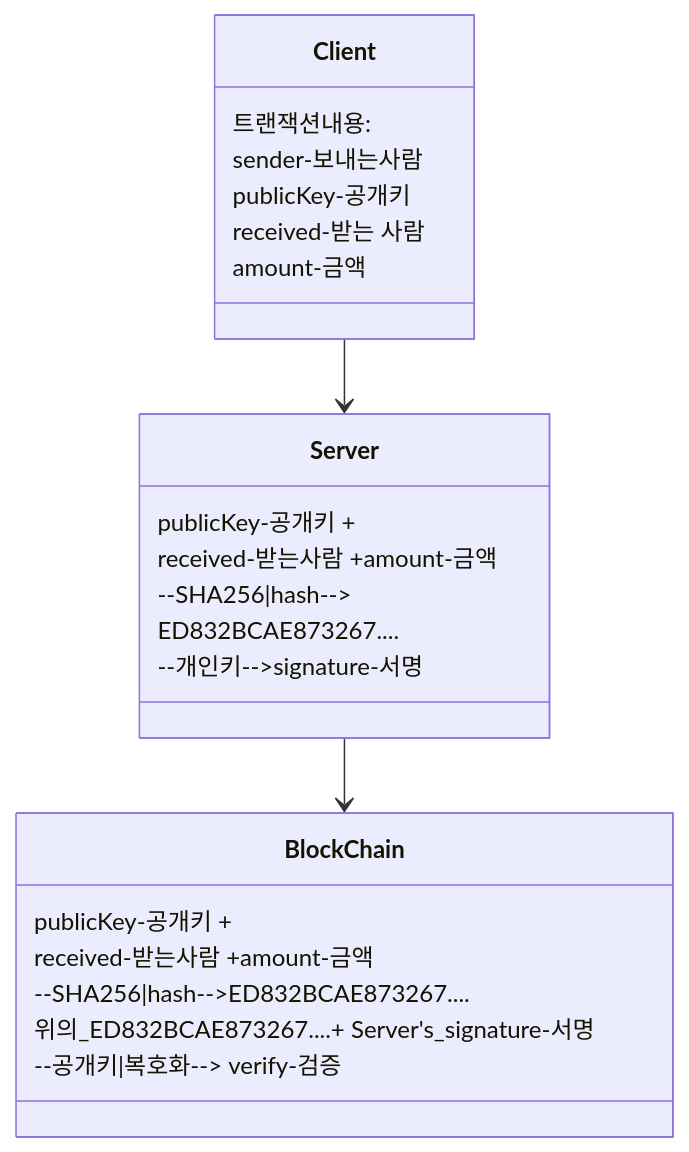
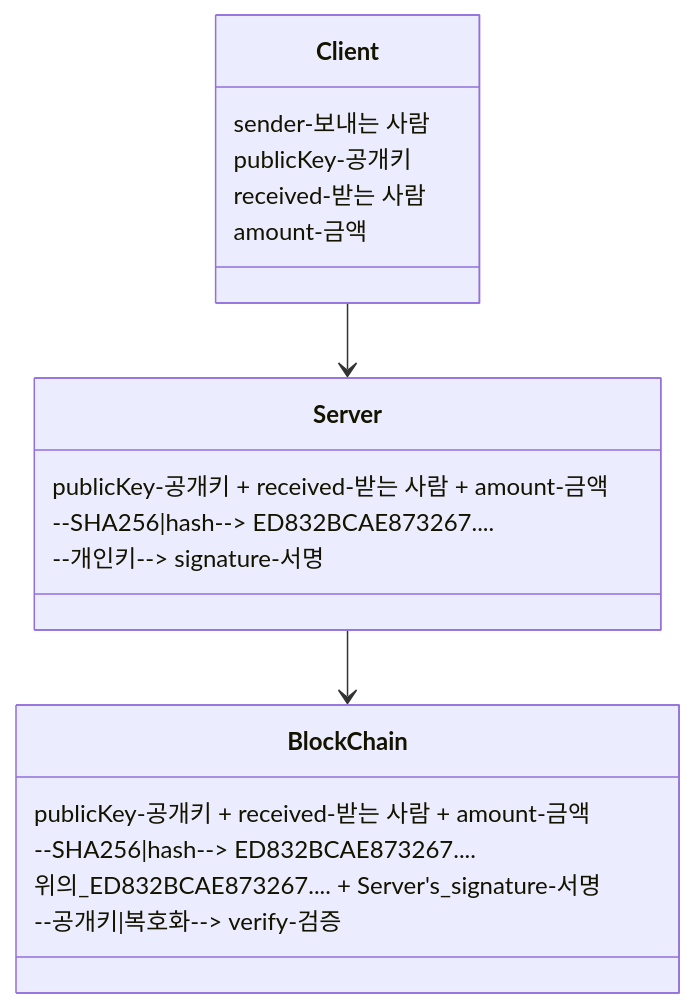
One commit to LeeJaeHyekk/blockchain7 changed the diagram in day85/blockchain/wallet/ReadMe.md. Above: the diagram before and after it, drawn with Mermaid. The commit also changed other lines of this file and 32 other files, not shown here.

````diff
--- a/day85/blockchain/wallet/ReadMe.md
+++ b/day85/blockchain/wallet/ReadMe.md
@@ -6,26 +5,22 @@
 ```mermaid
-  classDiagram
-  Client-->Server
-  Server-->BlockChain
-  class Client{
-    트랜잭션내용:
-    sender-보내는사람
-    publicKey-공개키
-    received-받는 사람
-    amount-금액
-  }
-  class Server{
-     publicKey-공개키 +
-      received-받는사람 +amount-금액
-      --SHA256|hash-->
-      ED832BCAE873267....
-      --개인키-->signature-서명
-  }
-  class BlockChain{
-    publicKey-공개키 +
-      received-받는사람 +amount-금액
-      --SHA256|hash-->ED832BCAE873267....
-      위의_ED832BCAE873267....+ Server's_signature-서명
-      --공개키|복호화--> verify-검증
-  }
+    classDiagram
+    Client --> Server
+    Server --> BlockChain
+    class Client{
+        sender-보내는 사람
+        publicKey-공개키
+        received-받는 사람
+        amount-금액
+    }
+    class Server{
+        publicKey-공개키 + received-받는 사람 + amount-금액
+        --SHA256|hash--> ED832BCAE873267....
+        --개인키--> signature-서명
+    }
+    class BlockChain{
+        publicKey-공개키 + received-받는 사람 + amount-금액
+        --SHA256|hash--> ED832BCAE873267....
+        위의_ED832BCAE873267.... + Server's_signature-서명
+        --공개키|복호화--> verify-검증
+    }
 ```
````
